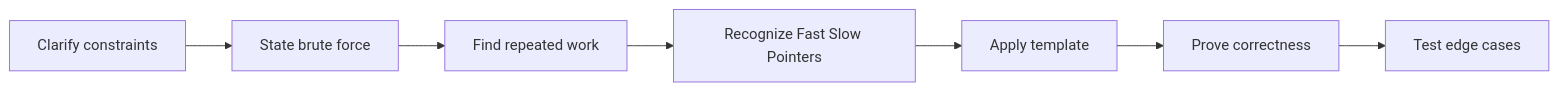
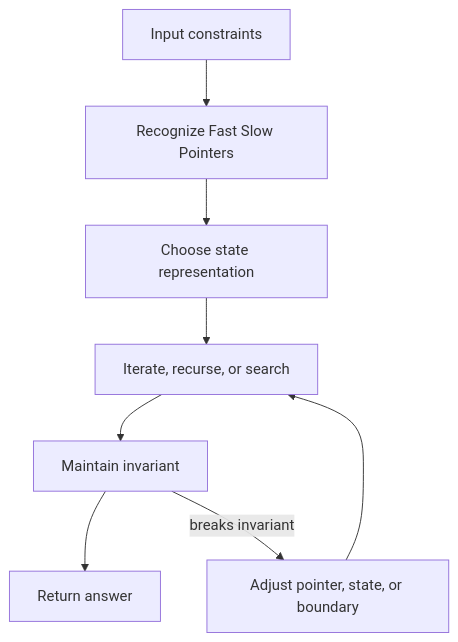
The second of 2 diagrams in coding-round/patterns/fast-slow-pointers/index.md (abstractinterviews/abstractinterviews.github.io), drawn with Mermaid before and after one commit. The commit also changed other lines of this file and 278 other files, not shown here.

````diff
--- a/coding-round/patterns/fast-slow-pointers/index.md
+++ b/coding-round/patterns/fast-slow-pointers/index.md
@@ -123,9 +121,10 @@
-~~~mermaid
-flowchart LR
-    A["Clarify constraints"] --> B["State brute force"]
-    B --> C["Find repeated work"]
-    C --> D["Recognize Fast Slow Pointers"]
-    D --> E["Apply template"]
-    E --> F["Prove correctness"]
-    F --> G["Test edge cases"]
-~~~
+```mermaid
+flowchart TD
+    Input["Input constraints"] --> Pattern["Recognize Fast Slow Pointers"]
+    Pattern --> State["Choose state representation"]
+    State --> Iterate["Iterate, recurse, or search"]
+    Iterate --> Check["Maintain invariant"]
+    Check --> Result["Return answer"]
+    Check -->|breaks invariant| Fix["Adjust pointer, state, or boundary"]
+    Fix --> Iterate
+```
````
